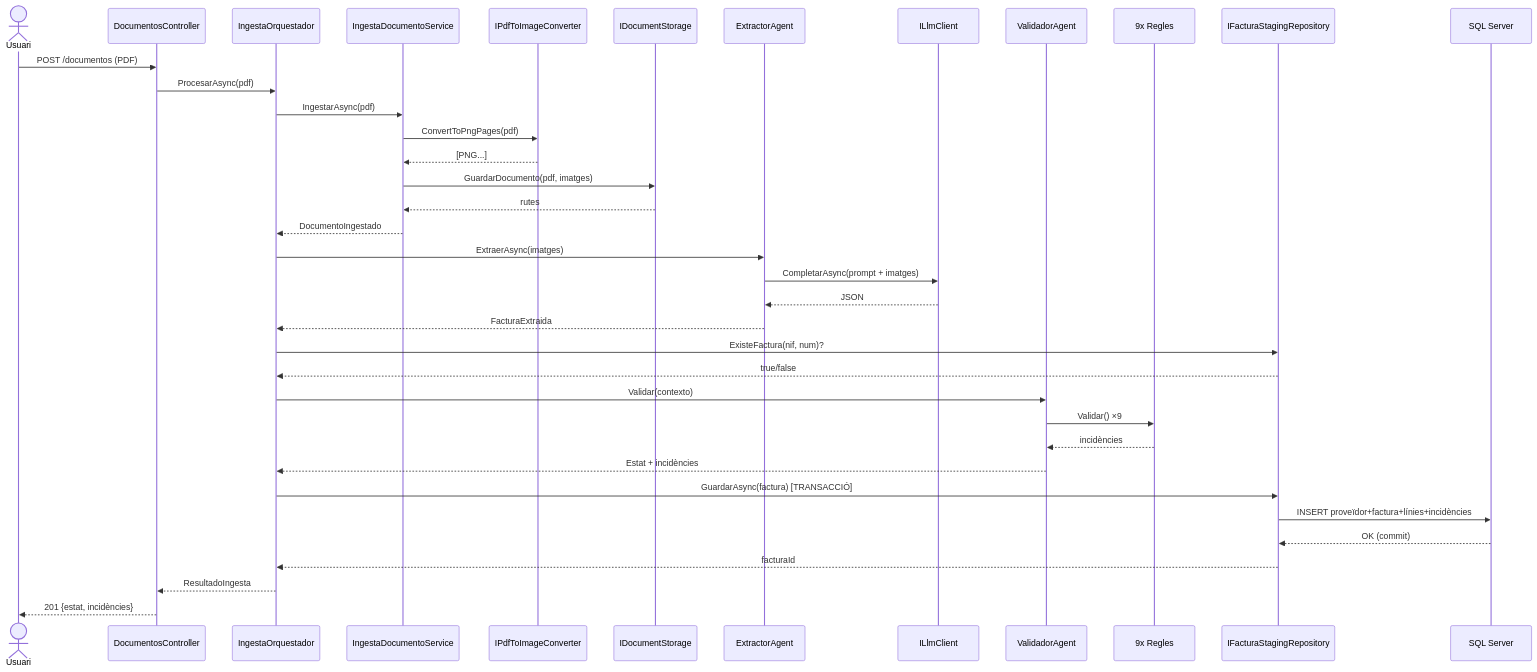
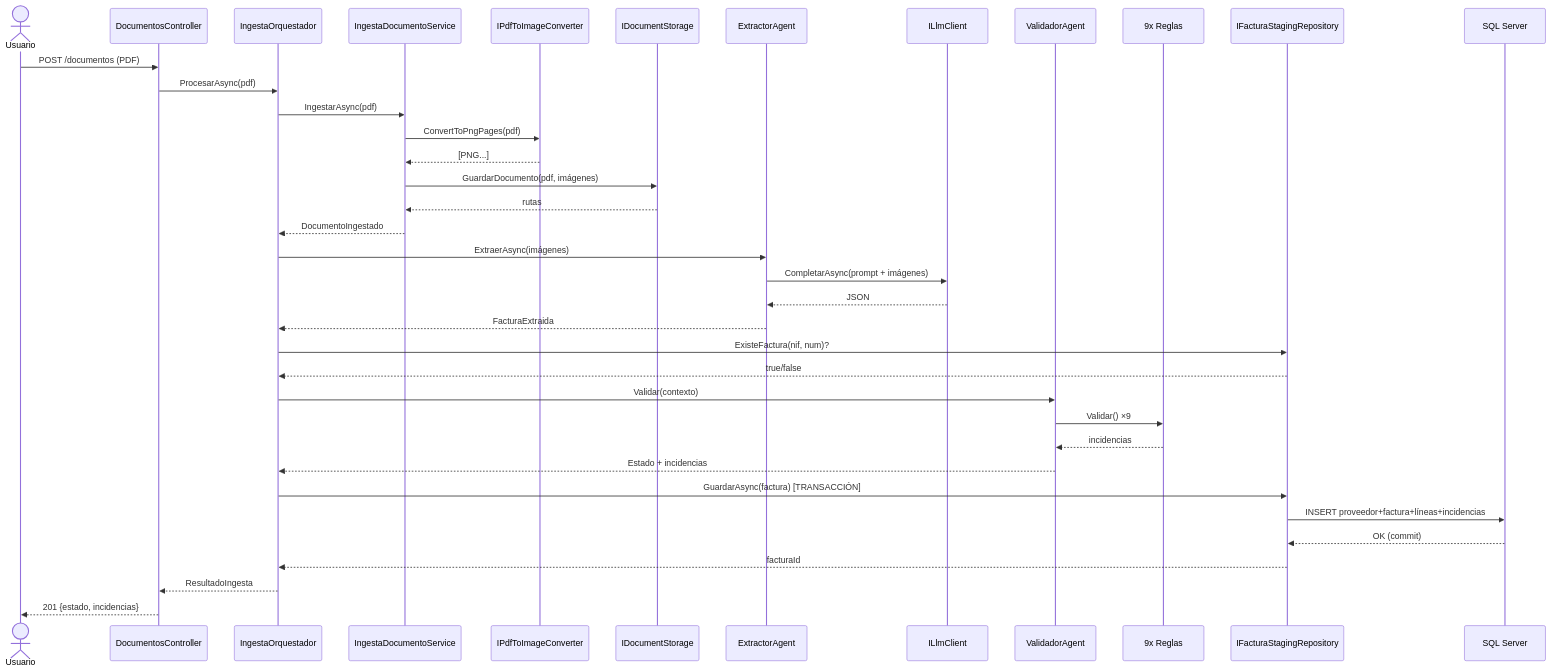
One commit to eric270992/Backend_ClasificadorExtractorDocumentos changed the third of 3 diagrams in docs/arquitectura.md. Above: the diagram before and after it, drawn with Mermaid. The commit also changed other lines of this file and 3 other files, not shown here.

````diff
--- a/docs/arquitectura.md
+++ b/docs/arquitectura.md
@@ -472,43 +472,43 @@
 ```mermaid
 sequenceDiagram
-    actor U as Usuari
+    actor U as Usuario
     participant DC as DocumentosController
     participant ORQ as IngestaOrquestador
     participant ING as IngestaDocumentoService
     participant PDF as IPdfToImageConverter
     participant ST as IDocumentStorage
     participant EXT as ExtractorAgent
     participant LLM as ILlmClient
     participant VAL as ValidadorAgent
-    participant R as 9x Regles
+    participant R as 9x Reglas
     participant REPO as IFacturaStagingRepository
     participant DB as SQL Server
 
     U->>DC: POST /documentos (PDF)
     DC->>ORQ: ProcesarAsync(pdf)
     ORQ->>ING: IngestarAsync(pdf)
     ING->>PDF: ConvertToPngPages(pdf)
     PDF-->>ING: [PNG...]
-    ING->>ST: GuardarDocumento(pdf, imatges)
-    ST-->>ING: rutes
+    ING->>ST: GuardarDocumento(pdf, imágenes)
+    ST-->>ING: rutas
     ING-->>ORQ: DocumentoIngestado
 
-    ORQ->>EXT: ExtraerAsync(imatges)
-    EXT->>LLM: CompletarAsync(prompt + imatges)
+    ORQ->>EXT: ExtraerAsync(imágenes)
+    EXT->>LLM: CompletarAsync(prompt + imágenes)
     LLM-->>EXT: JSON
     EXT-->>ORQ: FacturaExtraida
 
     ORQ->>REPO: ExisteFactura(nif, num)?
     REPO-->>ORQ: true/false
     ORQ->>VAL: Validar(contexto)
     VAL->>R: Validar() ×9
-    R-->>VAL: incidències
-    VAL-->>ORQ: Estat + incidències
+    R-->>VAL: incidencias
+    VAL-->>ORQ: Estado + incidencias
 
-    ORQ->>REPO: GuardarAsync(factura) [TRANSACCIÓ]
-    REPO->>DB: INSERT proveïdor+factura+línies+incidències
+    ORQ->>REPO: GuardarAsync(factura) [TRANSACCIÓN]
+    REPO->>DB: INSERT proveedor+factura+líneas+incidencias
     DB-->>REPO: OK (commit)
     REPO-->>ORQ: facturaId
     ORQ-->>DC: ResultadoIngesta
-    DC-->>U: 201 {estat, incidències}
+    DC-->>U: 201 {estado, incidencias}
 ```
````
